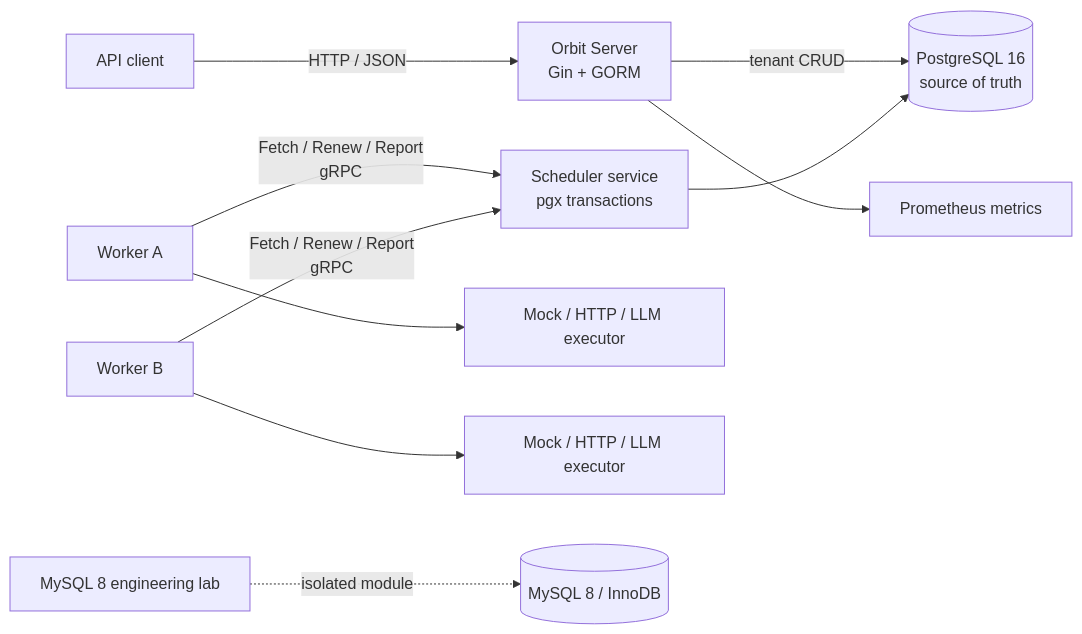
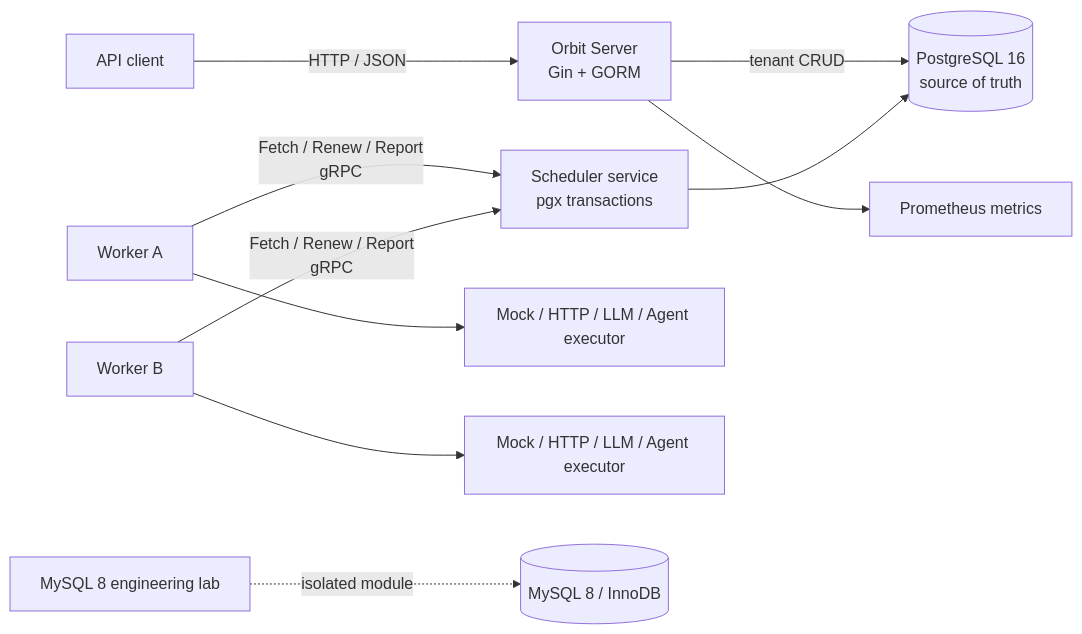
One commit to mrussss/orbit-scheduler changed the diagram in README.md. Above: the diagram before and after it, drawn with Mermaid. The commit also changed other lines of this file and 87 other files, not shown here.

````diff
--- a/README.md
+++ b/README.md
@@ -32,13 +32,13 @@
 ```mermaid
 flowchart LR
     Client[API client] -->|HTTP / JSON| API[Orbit Server\nGin + GORM]
     API -->|tenant CRUD| PG[(PostgreSQL 16\nsource of truth)]
     WorkerA[Worker A] -->|Fetch / Renew / Report\ngRPC| Scheduler[Scheduler service\npgx transactions]
     WorkerB[Worker B] -->|Fetch / Renew / Report\ngRPC| Scheduler
     Scheduler --> PG
-    WorkerA --> ExecA[Mock / HTTP / LLM executor]
-    WorkerB --> ExecB[Mock / HTTP / LLM executor]
+    WorkerA --> ExecA[Mock / HTTP / LLM / Agent executor]
+    WorkerB --> ExecB[Mock / HTTP / LLM / Agent executor]
     API --> Metrics[Prometheus metrics]
 
     Lab[MySQL 8 engineering lab] -. isolated module .-> MySQL[(MySQL 8 / InnoDB)]
 ```
````
